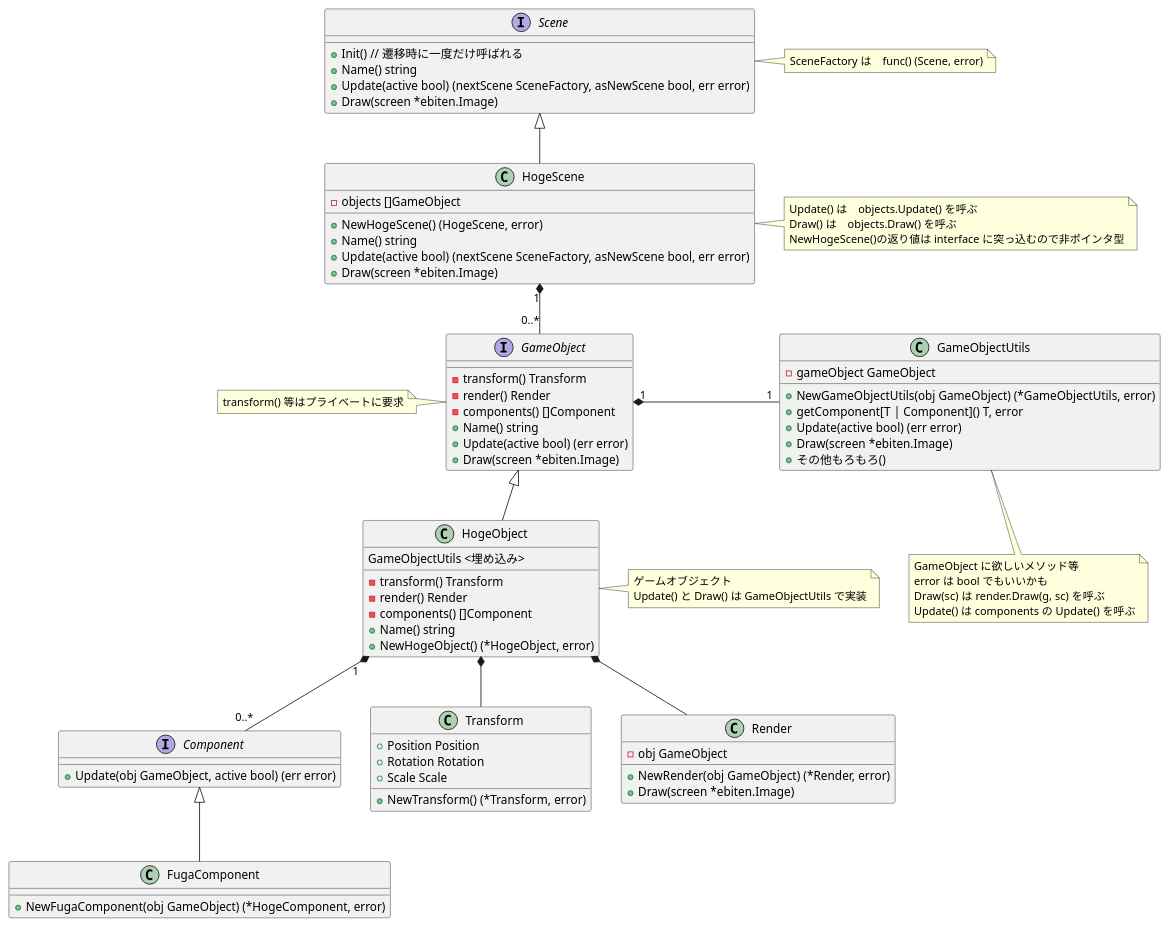
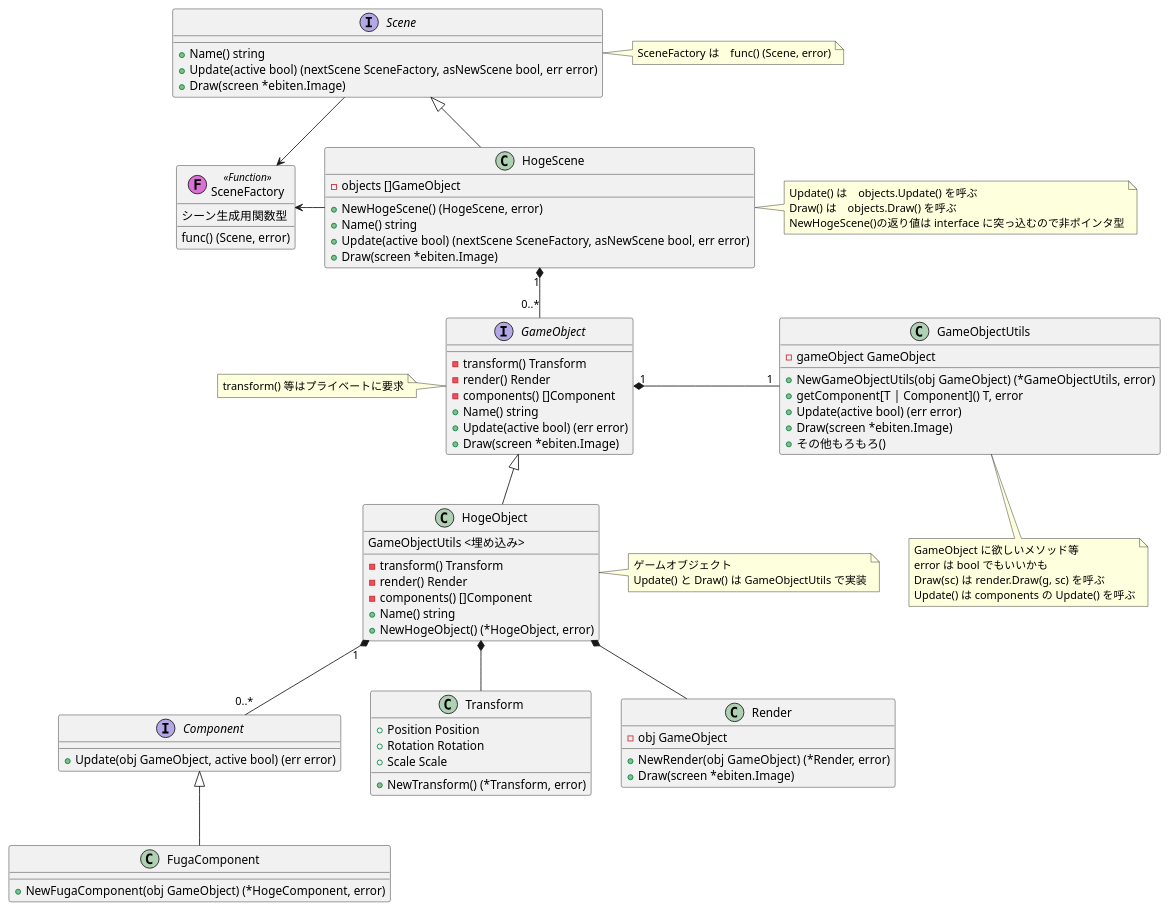
Before and after one commit to kmc-jp/Gamedev_Tempura-of-p--Phenylazo-phenol: the diagram in Docs/Scene_class_diagram.puml, drawn with PlantUML.

Commit message:
SceneFactory の言及を追加

```diff
--- a/Docs/Scene_class_diagram.puml
+++ b/Docs/Scene_class_diagram.puml
@@ -1,86 +1,93 @@
 @startuml Scene_class_diagram
 
+class SceneFactory << (F,orchid) Function >> {
+    シーン生成用関数型
+    func() (Scene, error)
+}
+
 interface Scene {
-    + Init() // 遷移時に一度だけ呼ばれる
     + Name() string
     + Update(active bool) (nextScene SceneFactory, asNewScene bool, err error)
     + Draw(screen *ebiten.Image)
 }
 note right of Scene : SceneFactory は　func() (Scene, error)
+
+Scene --> SceneFactory
 
 class HogeScene {
     - objects []GameObject
     + NewHogeScene() (HogeScene, error)
     + Name() string
     + Update(active bool) (nextScene SceneFactory, asNewScene bool, err error)
     + Draw(screen *ebiten.Image)
 }
 note right of HogeScene : Update() は　objects.Update() を呼ぶ\nDraw() は　objects.Draw() を呼ぶ\nNewHogeScene()の返り値は interface に突っ込むので非ポインタ型
 
 HogeScene -up-|> Scene
+HogeScene -left-> SceneFactory
 
 HogeScene "1" *-- "0..*" GameObject
 
 interface GameObject {
     - transform() Transform
     - render() Render
     - components() []Component
     + Name() string
     + Update(active bool) (err error)
     + Draw(screen *ebiten.Image)
 }
 note left of GameObject : transform() 等はプライベートに要求
 
 class GameObjectUtils {
     - gameObject GameObject
     + NewGameObjectUtils(obj GameObject) (*GameObjectUtils, error)
     + getComponent[T | Component]() T, error
     + Update(active bool) (err error)
     + Draw(screen *ebiten.Image)
     + その他もろもろ()
 }
 note bottom of GameObjectUtils : GameObject に欲しいメソッド等\nerror は bool でもいいかも\nDraw(sc) は render.Draw(g, sc) を呼ぶ\nUpdate() は components の Update() を呼ぶ
 
 GameObject "1" *- "1" GameObjectUtils
 
 
 class HogeObject {
     GameObjectUtils <埋め込み>
     - transform() Transform
     - render() Render
     - components() []Component
     + Name() string
     + NewHogeObject() (*HogeObject, error)
 }
 note right of HogeObject : ゲームオブジェクト\nUpdate() と Draw() は GameObjectUtils で実装
 
 
 HogeObject -up-|> GameObject
 HogeObject *-- Transform
 HogeObject *-- Render
 
 HogeObject "1" *-- "0..*" Component
 
 class Transform {
     + Position Position
     + Rotation Rotation
     + Scale Scale
     + NewTransform() (*Transform, error)
 }
 
 class Render {
     - obj GameObject
     + NewRender(obj GameObject) (*Render, error)
     + Draw(screen *ebiten.Image)
 }
 
 interface Component {
     + Update(obj GameObject, active bool) (err error)
 }
 
 class FugaComponent {
     + NewFugaComponent(obj GameObject) (*HogeComponent, error)
 }
 
 FugaComponent -up-|> Component
 @enduml
```
